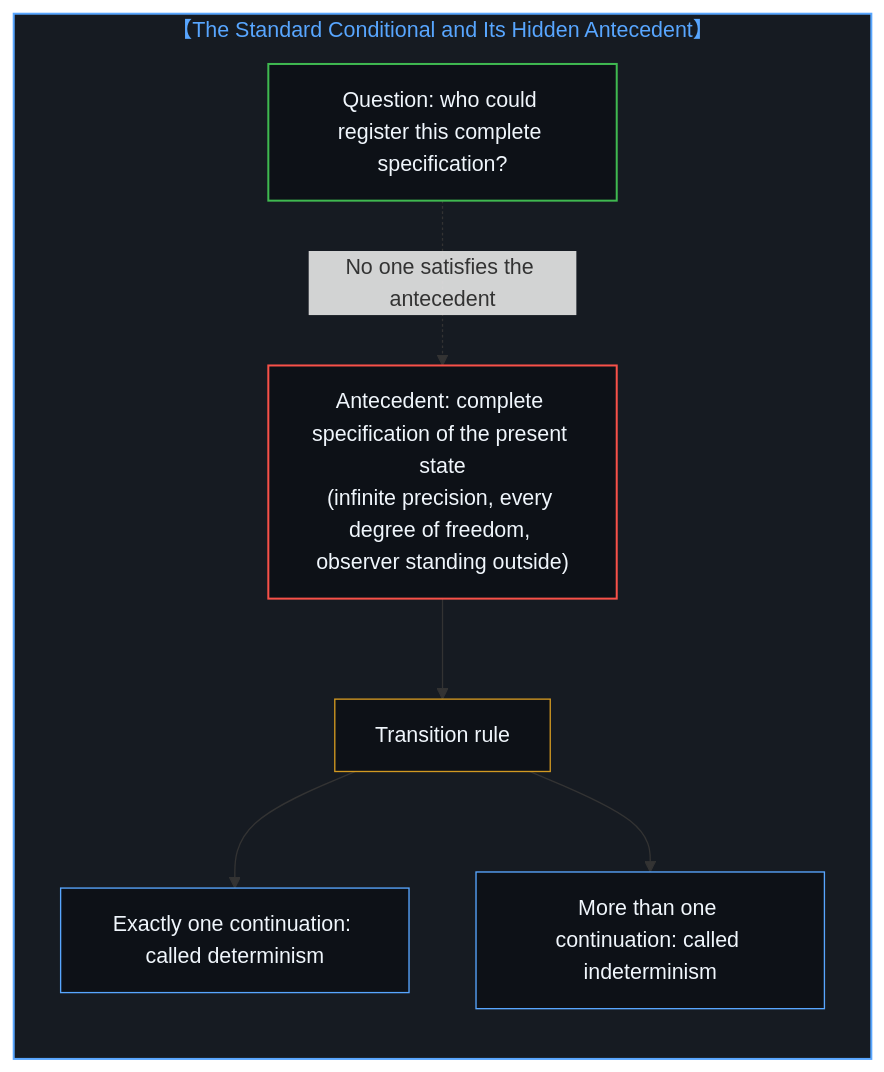
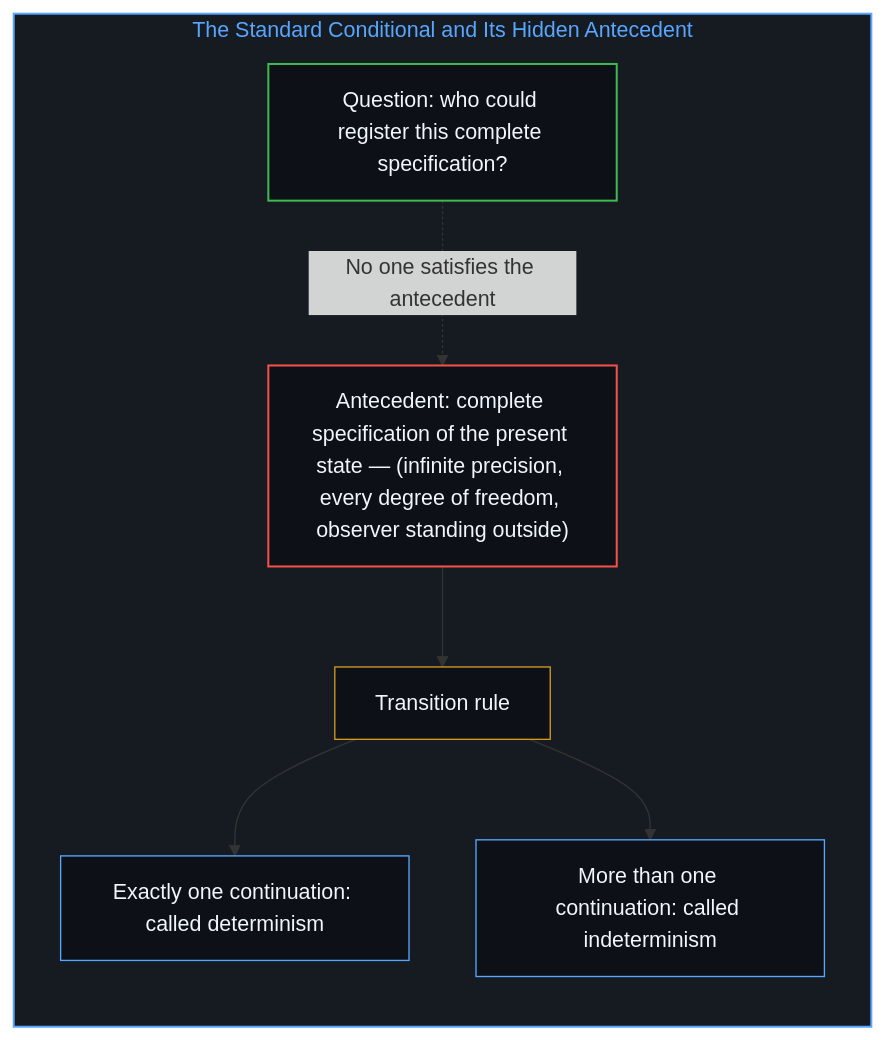
The second of 10 diagrams in content/posts/fixed-by-nothing.md (powerpig99/not-a-toe), drawn with Mermaid before and after one commit. The commit also changed other lines of this file and 3 other files, not shown here.

````diff
--- a/content/posts/fixed-by-nothing.md
+++ b/content/posts/fixed-by-nothing.md
@@ -36,16 +36,16 @@
 ```mermaid
-graph TD
-    subgraph S_Conditional_EN ["【The Standard Conditional and Its Hidden Antecedent】"]
+flowchart TD
+    subgraph S_Conditional ["The Standard Conditional and Its Hidden Antecedent"]
         direction TB
-        CE1["Antecedent: complete specification of the present state<br/>(infinite precision, every degree of freedom, observer standing outside)"] --> CE2["Transition rule"]
-        CE2 --> CE3["Exactly one continuation: called determinism"]
-        CE2 --> CE4["More than one continuation: called indeterminism"]
-        CE5["Question: who could register this complete specification?"] -. "No one satisfies the antecedent" .-> CE1
+        C1["Antecedent: complete specification of the present state — (infinite precision, every degree of freedom, observer standing outside)"] --> C2["Transition rule"]
+        C2 --> C3["Exactly one continuation: called determinism"]
+        C2 --> C4["More than one continuation: called indeterminism"]
+        C5["Question: who could register this complete specification?"] -. "No one satisfies the antecedent" .-> C1
     end
-    style S_Conditional_EN fill:#161b22,stroke:#58a6ff,stroke-width:1.5px,color:#58a6ff
-    style CE1 fill:#0d1117,stroke:#f85149,stroke-width:1.5px,color:#f0f6fc
-    style CE2 fill:#0d1117,stroke:#d29922,stroke-width:1px,color:#f0f6fc
-    style CE3 fill:#0d1117,stroke:#58a6ff,stroke-width:1px,color:#f0f6fc
-    style CE4 fill:#0d1117,stroke:#58a6ff,stroke-width:1px,color:#f0f6fc
-    style CE5 fill:#0d1117,stroke:#3fb950,stroke-width:1.5px,color:#f0f6fc
+    style S_Conditional fill:#161b22,stroke:#58a6ff,stroke-width:1.5px,color:#58a6ff
+    style C1 fill:#0d1117,stroke:#f85149,stroke-width:1.5px,color:#f0f6fc
+    style C2 fill:#0d1117,stroke:#d29922,stroke-width:1px,color:#f0f6fc
+    style C3 fill:#0d1117,stroke:#58a6ff,stroke-width:1px,color:#f0f6fc
+    style C4 fill:#0d1117,stroke:#58a6ff,stroke-width:1px,color:#f0f6fc
+    style C5 fill:#0d1117,stroke:#3fb950,stroke-width:1.5px,color:#f0f6fc
 ```
````
